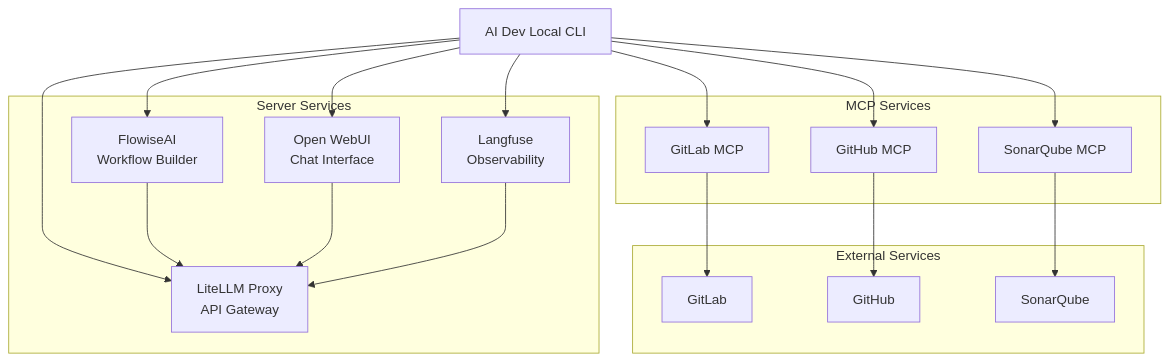
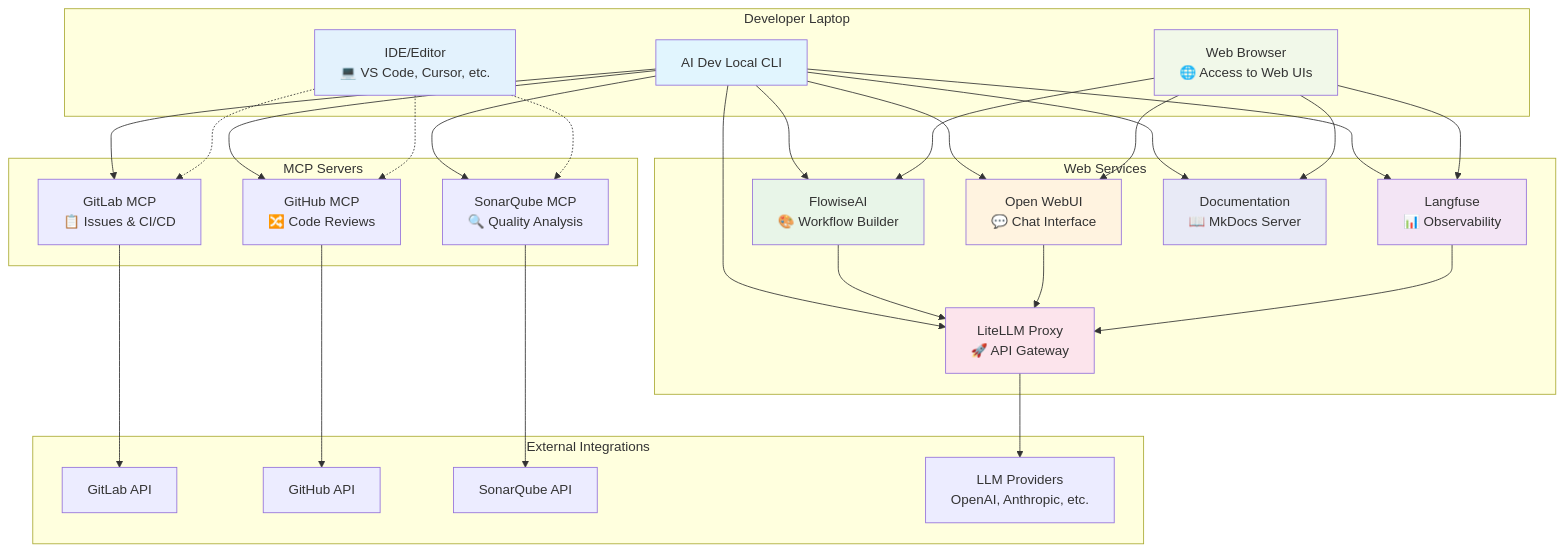
Before and after one commit to brunseba/ai-dev-local: the second of 2 diagrams in docs/index.md, drawn with Mermaid. The commit also changed other lines of this file, not shown here.

Commit message:
docs: enhance architecture overview with context diagram and personas
- Add system context diagram showing user personas (AI Developer, AI Researcher, DevOps Engineer, Product Manager)
- Update component architecture with developer laptop container grouping local tools
- Improve visual organization with color coding and emojis
- Add web browser component to show UI access patterns
- Reorganize documentation server as web service
- Maintain clear separation between local tools and containerized services

````diff
--- a/docs/index.md
+++ b/docs/index.md
@@ -17,40 +50,66 @@
 ```mermaid
 graph TB
-    CLI[AI Dev Local CLI]
-    
-    subgraph "Server Services"
-        LF[Langfuse<br/>Observability]
-        FW[FlowiseAI<br/>Workflow Builder]
-        OW[Open WebUI<br/>Chat Interface]
-        LL[LiteLLM Proxy<br/>API Gateway]
+    subgraph "Developer Laptop"
+        CLI[AI Dev Local CLI]
+        IDE[IDE/Editor<br/>💻 VS Code, Cursor, etc.]
+        BROWSER[Web Browser<br/>🌐 Access to Web UIs]
     end
     
-    subgraph "MCP Services"
-        GL[GitLab MCP]
-        GH[GitHub MCP]
-        SQ[SonarQube MCP]
+    subgraph "Web Services"
+        LF[Langfuse<br/>📊 Observability]
+        FW[FlowiseAI<br/>🎨 Workflow Builder]
+        OW[Open WebUI<br/>💬 Chat Interface]
+        LL[LiteLLM Proxy<br/>🚀 API Gateway]
+        DOCS[Documentation<br/>📖 MkDocs Server]
     end
     
-    subgraph "External Services"
-        GLR[GitLab]
-        GHR[GitHub]
-        SQR[SonarQube]
+    subgraph "MCP Servers"
+        GL[GitLab MCP<br/>📋 Issues & CI/CD]
+        GH[GitHub MCP<br/>🔀 Code Reviews]
+        SQ[SonarQube MCP<br/>🔍 Quality Analysis]
+    end
+    
+    subgraph "External Integrations"
+        GLR[GitLab API]
+        GHR[GitHub API]
+        SQR[SonarQube API]
+        LLMP[LLM Providers<br/>OpenAI, Anthropic, etc.]
     end
     
     CLI --> LF
     CLI --> FW
     CLI --> OW
     CLI --> LL
+    CLI --> DOCS
     
     CLI --> GL
     CLI --> GH
     CLI --> SQ
+    
+    BROWSER --> LF
+    BROWSER --> FW
+    BROWSER --> OW
+    BROWSER --> DOCS
     
     GL --> GLR
     GH --> GHR
     SQ --> SQR
     
     FW --> LL
     OW --> LL
     LF --> LL
+    LL --> LLMP
+    
+    IDE -.-> GL
+    IDE -.-> GH
+    IDE -.-> SQ
+    
+    style CLI fill:#e1f5fe
+    style IDE fill:#e3f2fd
+    style BROWSER fill:#f1f8e9
+    style LF fill:#f3e5f5
+    style FW fill:#e8f5e8
+    style OW fill:#fff3e0
+    style LL fill:#fce4ec
+    style DOCS fill:#e8eaf6
 ```
````
